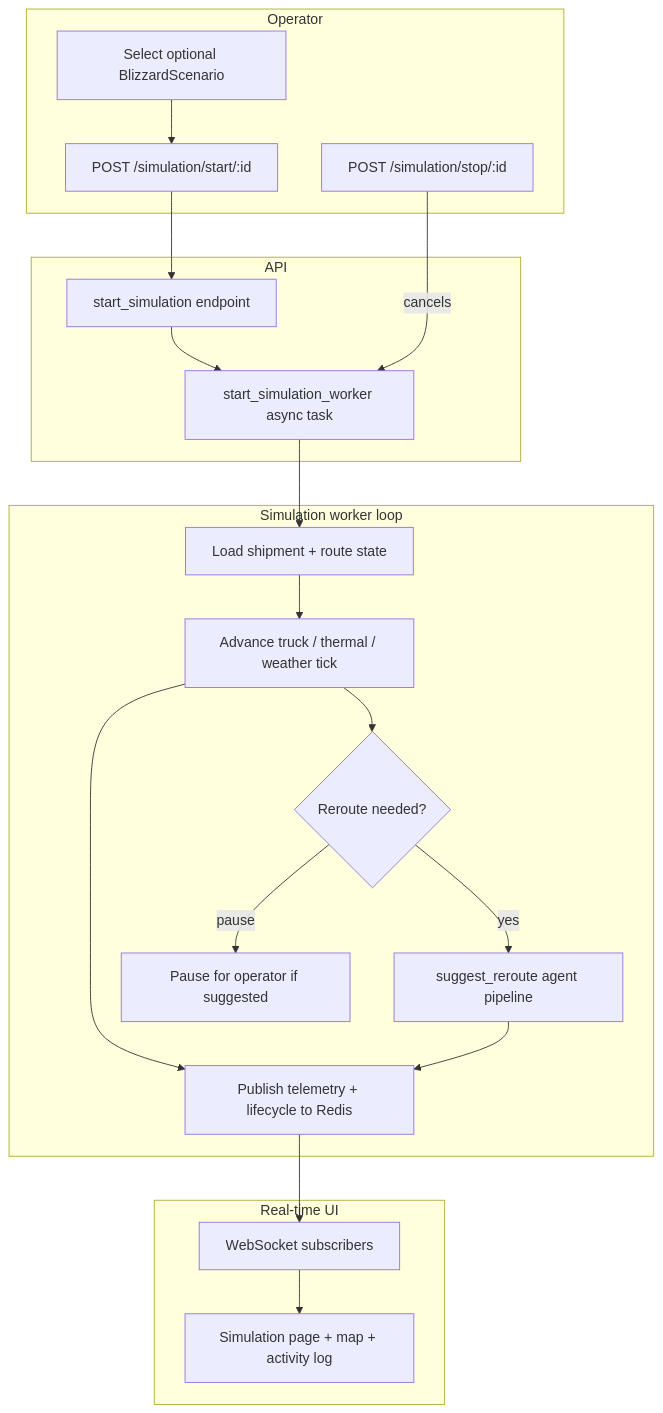
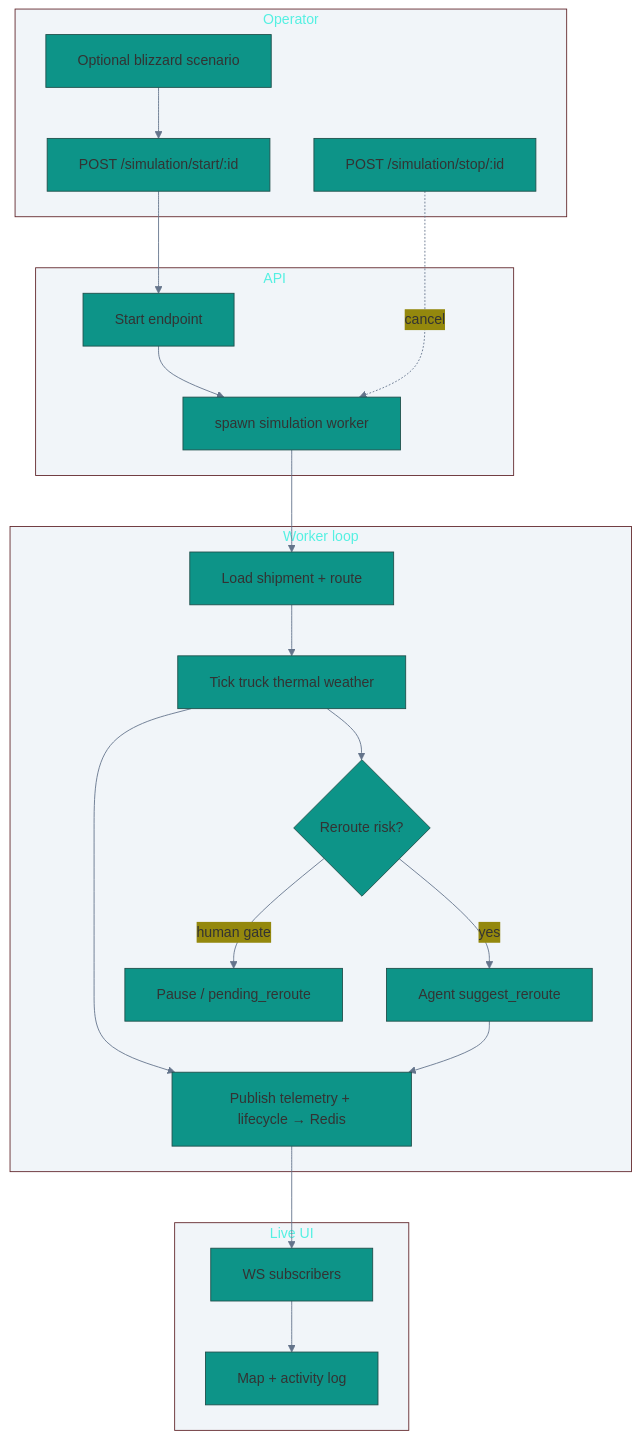
One commit to dhanyakini/PharmAI-Chain changed the fourth of 7 diagrams in docs/FLOWCHARTS.md. Above: the diagram before and after it, drawn with Mermaid. The commit also changed other lines of this file and 8 other files, not shown here.

Commit message:
Update documentation to include architecture diagrams and PNG export instructions in README and FLOWCHARTS.md

````diff
--- a/docs/FLOWCHARTS.md
+++ b/docs/FLOWCHARTS.md
@@ -93,41 +107,42 @@
 ```mermaid
+%%{init: {'theme':'base','themeVariables':{'primaryColor':'#0d9488','lineColor':'#64748b','clusterBkg':'#f1f5f9'},'flowchart':{'curve':'basis','padding':18,'nodeSpacing':50,'rankSpacing':58}}}%%
 flowchart TD
-  subgraph operator["Operator"]
-    O1[Select optional BlizzardScenario]
+  subgraph operator[" Operator "]
+    O1[Optional blizzard scenario]
     O2[POST /simulation/start/:id]
     O3[POST /simulation/stop/:id]
   end
 
-  subgraph api["API"]
-    S[start_simulation endpoint]
-    W[start_simulation_worker async task]
+  subgraph api[" API "]
+    S[Start endpoint]
+    W[spawn simulation worker]
   end
 
-  subgraph worker["Simulation worker loop"]
-    L[Load shipment + route state]
-    T[Advance truck / thermal / weather tick]
-    P[Publish telemetry + lifecycle to Redis]
-    R{Reroute needed?}
-    RS[suggest_reroute agent pipeline]
-    H[Pause for operator if suggested]
+  subgraph worker[" Worker loop "]
+    L[Load shipment + route]
+    T[Tick truck thermal weather]
+    P[Publish telemetry + lifecycle → Redis]
+    R{Reroute risk?}
+    RS[Agent suggest_reroute]
+    H[Pause / pending_reroute]
   end
 
-  subgraph realtime["Real-time UI"]
-    WS[WebSocket subscribers]
-    FE[Simulation page + map + activity log]
+  subgraph realtime[" Live UI "]
+    WS[WS subscribers]
+    FE[Map + activity log]
   end
 
   O1 --> O2
   O2 --> S
   S --> W
   W --> L
   L --> T
   T --> P
   P --> WS
   WS --> FE
   T --> R
   R -->|yes| RS
   RS --> P
-  R -->|pause| H
-  O3 -->|cancels| W
+  R -->|human gate| H
+  O3 -.->|cancel| W
 ```
````
